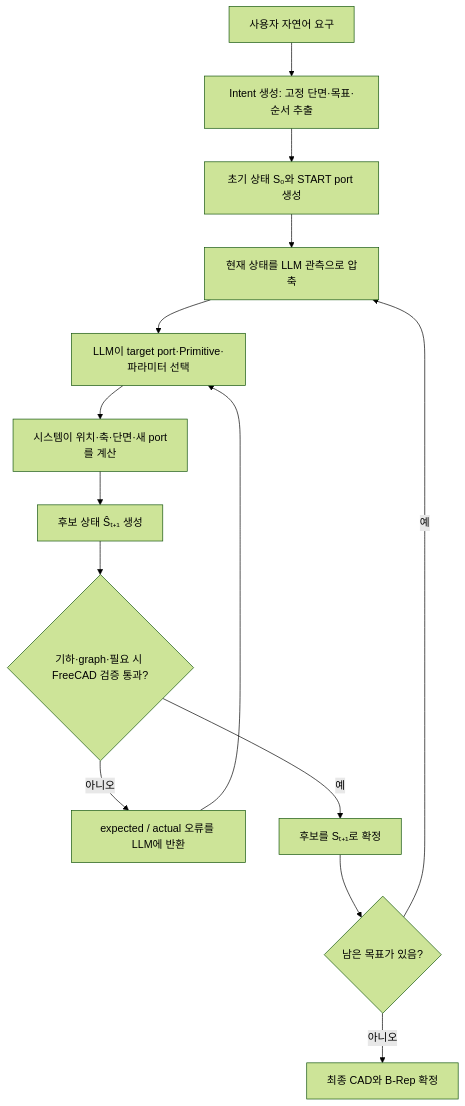
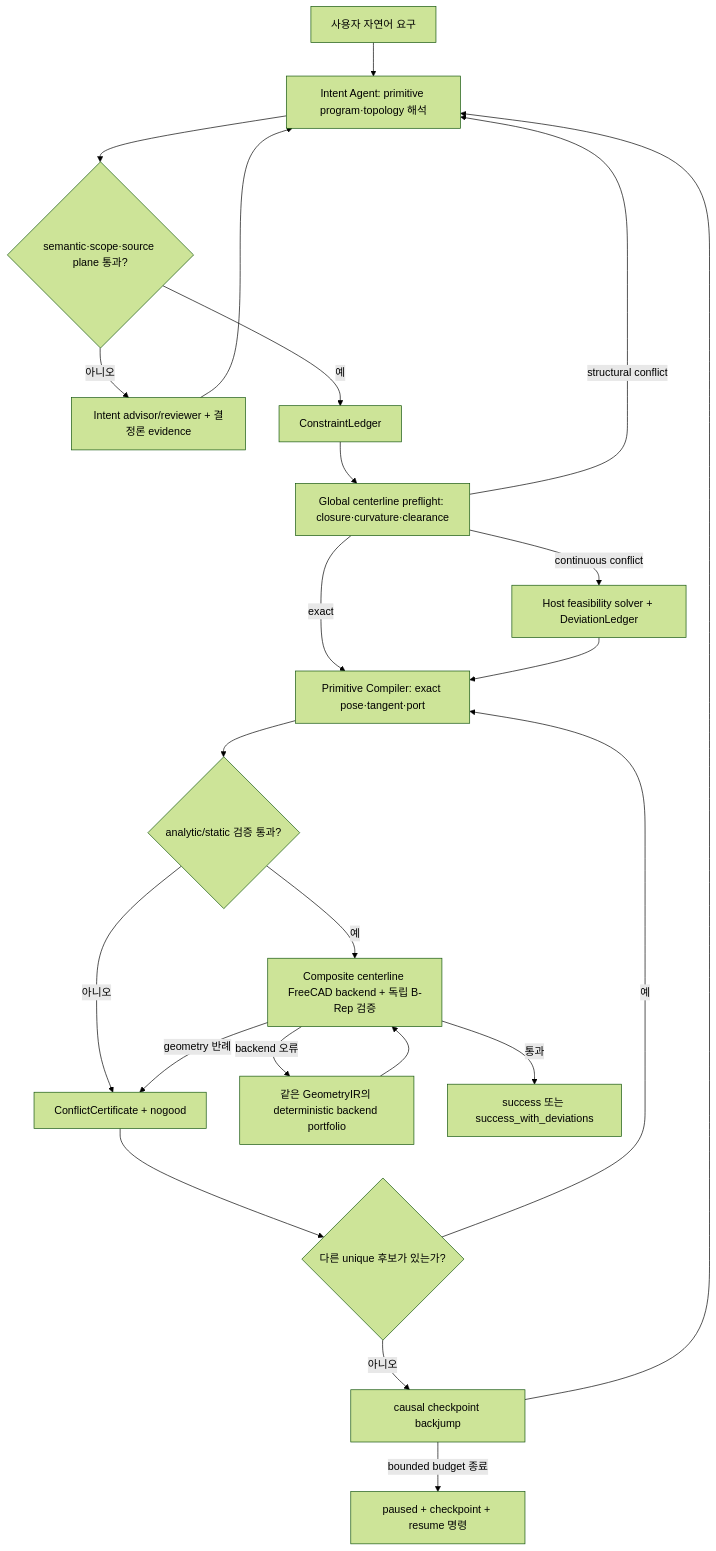
One commit to outblack/LLM2CAD changed the diagram in README.md. Above: the diagram before and after it, drawn with Mermaid (forest theme). The commit also changed other lines of this file and 556 other files, not shown here.

Commit message:
Update CAD architecture and run artifacts

````diff
--- a/README.md
+++ b/README.md
@@ -28,16 +60,25 @@
 ```mermaid
 flowchart TD
-    U["사용자 자연어 요구"] --> I["Intent 생성: 고정 단면·목표·순서 추출"]
-    I --> S0["초기 상태 S₀와 START port 생성"]
-    S0 --> O["현재 상태를 LLM 관측으로 압축"]
-    O --> L["LLM이 target port·Primitive·파라미터 선택"]
-    L --> R["시스템이 위치·축·단면·새 port를 계산"]
-    R --> C["후보 상태 Ŝₜ₊₁ 생성"]
-    C --> V{"기하·graph·필요 시 FreeCAD 검증 통과?"}
-    V -->|아니오| E["expected / actual 오류를 LLM에 반환"]
-    E --> L
-    V -->|예| M["후보를 Sₜ₊₁로 확정"]
-    M --> Q{"남은 목표가 있음?"}
-    Q -->|예| O
-    Q -->|아니오| F["최종 CAD와 B-Rep 확정"]
+    U["사용자 자연어 요구"] --> I["Intent Agent: primitive program·topology 해석"]
+    I --> IV{"semantic·scope·source plane 통과?"}
+    IV -->|아니오| IA["Intent advisor/reviewer + 결정론 evidence"]
+    IA --> I
+    IV -->|예| L["ConstraintLedger"]
+    L --> P["Global centerline preflight: closure·curvature·clearance"]
+    P -->|continuous conflict| S["Host feasibility solver + DeviationLedger"]
+    P -->|structural conflict| I
+    P -->|exact| C
+    S --> C["Primitive Compiler: exact pose·tangent·port"]
+    C --> V{"analytic/static 검증 통과?"}
+    V -->|예| K["Composite centerline FreeCAD backend + 독립 B-Rep 검증"]
+    V -->|아니오| F["ConflictCertificate + nogood"]
+    K -->|backend 오류| B["같은 GeometryIR의 deterministic backend portfolio"]
+    B --> K
+    K -->|geometry 반례| F
+    F --> R{"다른 unique 후보가 있는가?"}
+    R -->|예| C
+    R -->|아니오| J["causal checkpoint backjump"]
+    J --> I
+    J -->|bounded budget 종료| Z["paused + checkpoint + resume 명령"]
+    K -->|통과| O["success 또는 success_with_deviations"]
 ```
````
